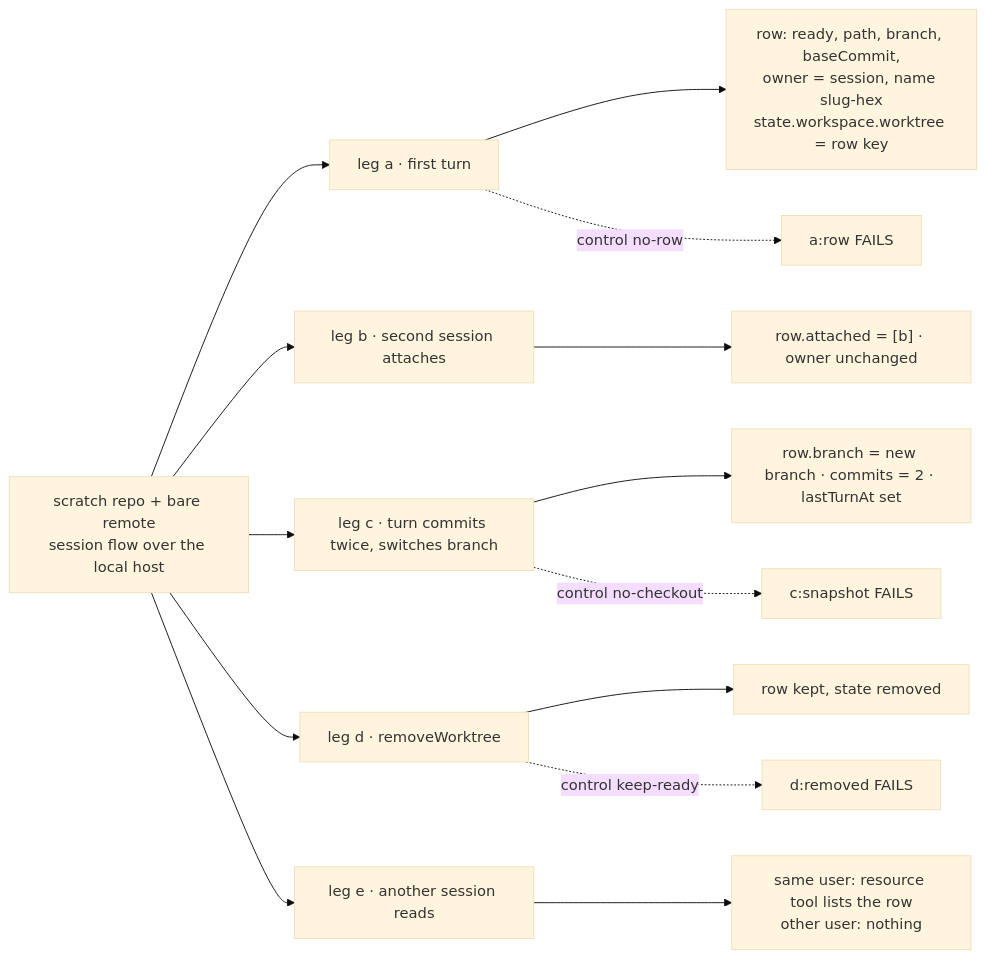
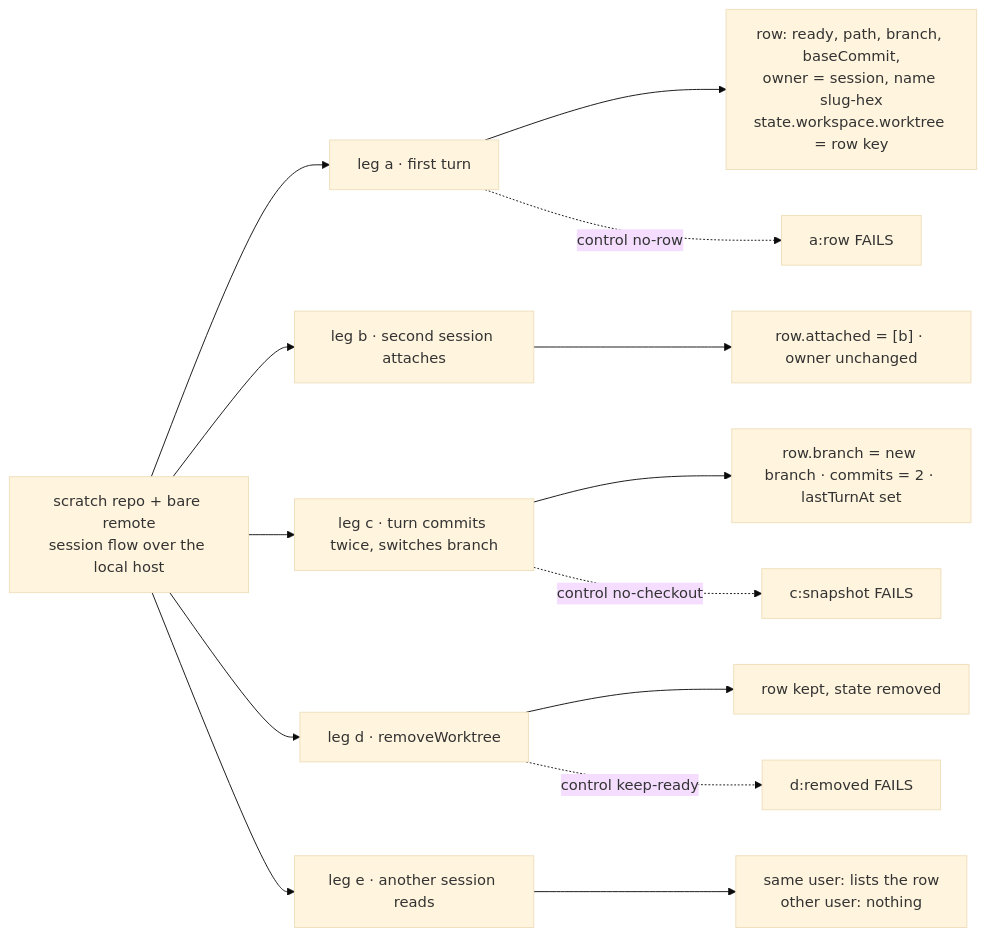
One commit to fixpoint-labs/flow-state-dev changed the first of 2 diagrams in specs/issues/FIX-2439/SPEC.md. Above: the diagram before and after it, drawn with Mermaid (base theme). The commit also changed other lines of this file, not shown here.

First line of the commit message:
spec(FIX-2439): leg e reads through the resource route, as built

````diff
--- a/specs/issues/FIX-2439/SPEC.md
+++ b/specs/issues/FIX-2439/SPEC.md
@@ -31,16 +31,16 @@
 ```mermaid
 flowchart LR
   R["scratch repo + bare remote<br/>session flow over the local host"] --> A["leg a · first turn"]
   A --> A1["row: ready, path, branch, baseCommit,<br/>owner = session, name slug-hex<br/>state.workspace.worktree = row key"]
   R --> B["leg b · second session attaches"]
   B --> B1["row.attached = [b] · owner unchanged"]
   R --> C["leg c · turn commits twice, switches branch"]
   C --> C1["row.branch = new branch · commits = 2 · lastTurnAt set"]
   R --> D["leg d · removeWorktree"]
   D --> D1["row kept, state removed"]
   R --> E["leg e · another session reads"]
-  E --> E1["same user: resource tool lists the row<br/>other user: nothing"]
+  E --> E1["same user: lists the row<br/>other user: nothing"]
   A -. "control no-row" .-> X1["a:row FAILS"]
   C -. "control no-checkout" .-> X2["c:snapshot FAILS"]
   D -. "control keep-ready" .-> X3["d:removed FAILS"]
 ```
````
